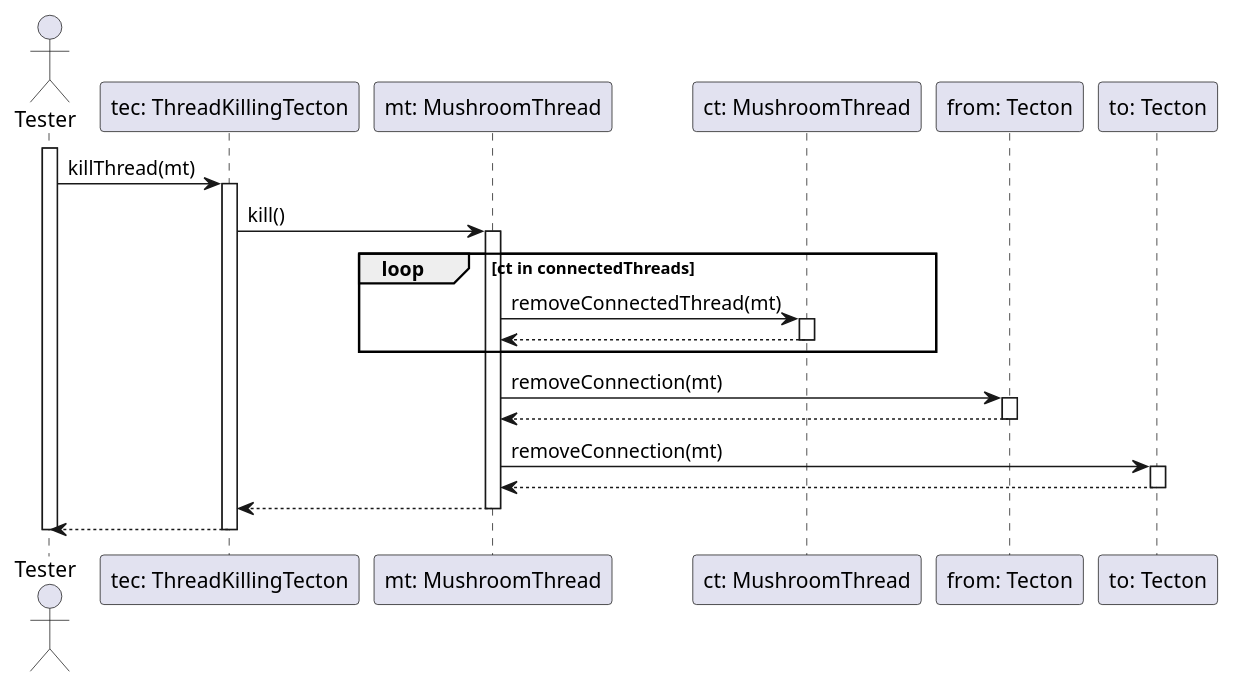
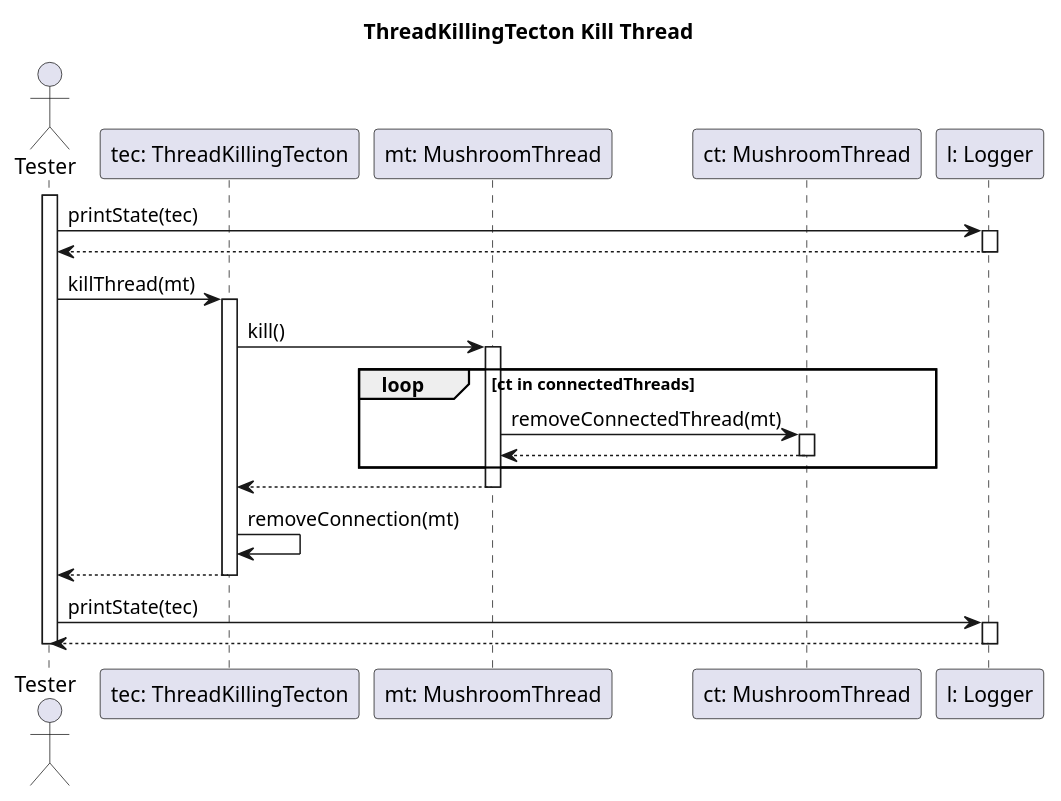
Before and after one commit to dzsem/projlab: the diagram in diagrams/test-sequence/threadKillingTectonKillThread.puml, drawn with PlantUML.

```diff
--- a/diagrams/test-sequence/threadKillingTectonKillThread.puml
+++ b/diagrams/test-sequence/threadKillingTectonKillThread.puml
@@ -1,46 +1,47 @@
 @startuml threadKillingTectonKillThreadTest
+
+title ThreadKillingTecton Kill Thread
 
 actor "Tester" as tst
 participant "tec: ThreadKillingTecton" as tec
 participant "mt: MushroomThread" as mt
 participant "ct: MushroomThread" as ct
-participant "from: Tecton" as from
-participant "to: Tecton" as to
+participant "l: Logger" as l
 
 activate tst
+
+tst -> l: printState(tec)
+activate l
+tst <-- l
+deactivate l
 
 tst -> tec: killThread(mt)
 activate tec
 
 tec -> mt: kill()
 activate mt
 
 loop ct in connectedThreads
     mt -> ct: removeConnectedThread(mt)
     activate ct
 
     mt <-- ct
     deactivate ct
 end
 
-mt -> from: removeConnection(mt)
-activate from
-
-mt <-- from
-deactivate from
-
-mt -> to: removeConnection(mt)
-activate to
-
-mt <-- to
-deactivate to
-
 tec <-- mt
 deactivate mt
+
+tec -> tec: removeConnection(mt)
 
 tst <-- tec
 deactivate tec
 
+tst -> l: printState(tec)
+activate l
+tst <-- l
+deactivate l
+
 deactivate tst
 
 @enduml
```
